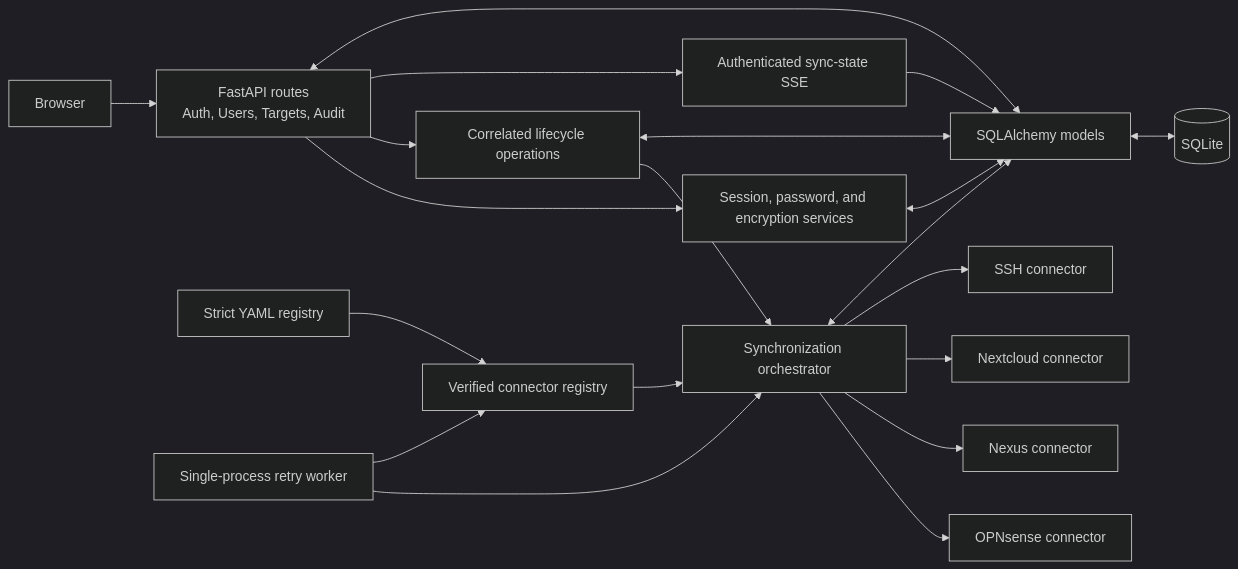
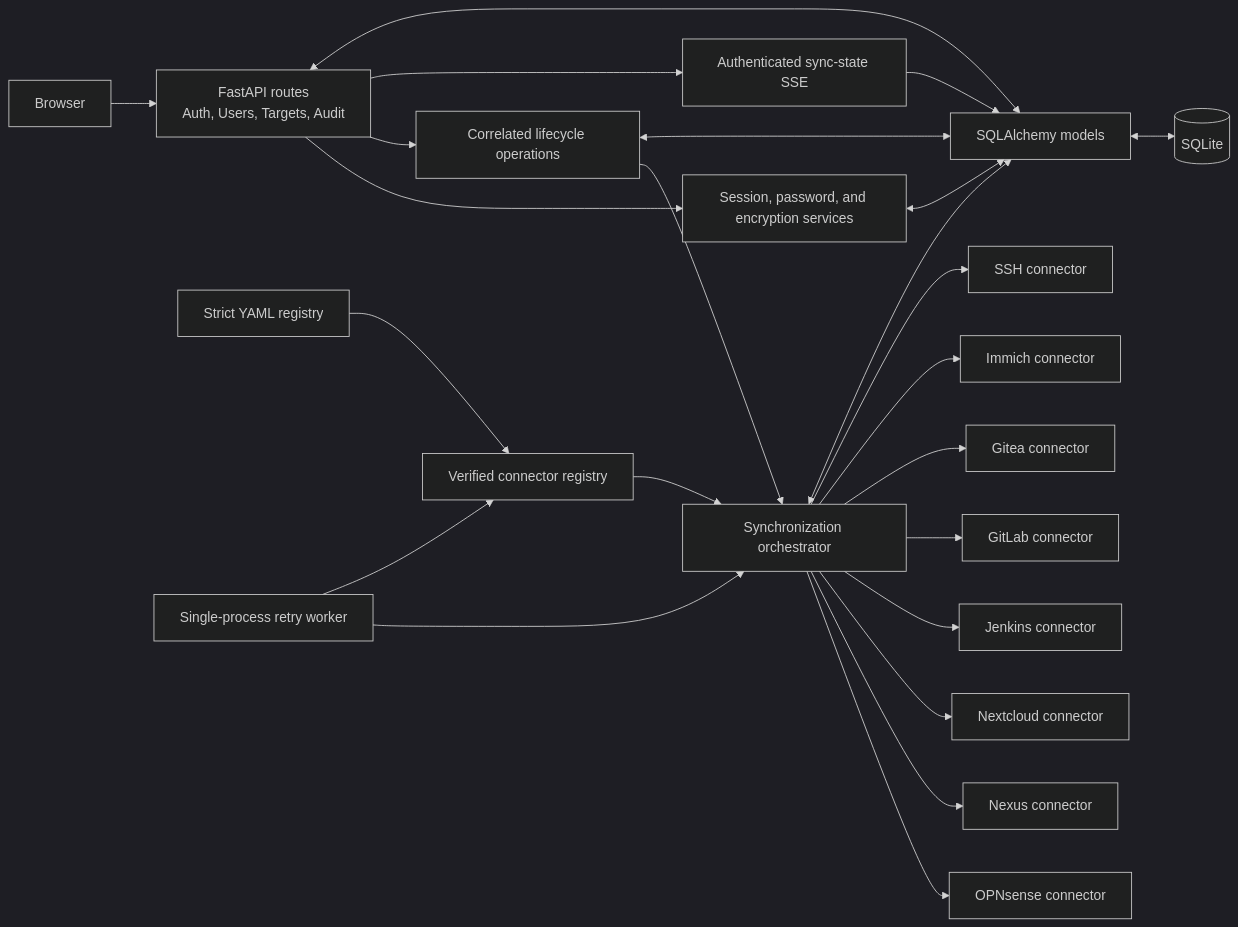
Before and after one commit to jpbaking/na-sso: the first of 4 diagrams in docs/DEVELOPER.md, drawn with Mermaid (dark theme). The commit also changed 9 other files, not shown here.

````diff
--- a/docs/DEVELOPER.md
+++ b/docs/DEVELOPER.md
@@ -64,25 +64,29 @@
 ```mermaid
 flowchart LR
     Browser["Browser"] --> Routes["FastAPI routes<br/>Auth, Users, Targets, Audit"]
     Routes --> Security["Session, password, and encryption services"]
     Routes --> Ops["Correlated lifecycle operations"]
     Ops --> Sync["Synchronization orchestrator"]
     Routes --> SSE["Authenticated sync-state SSE"]
 
     YAML["Strict YAML registry"] --> Registry["Verified connector registry"]
     Registry --> Sync
     Worker["Single-process retry worker"] --> Sync
     Worker --> Registry
 
     Sync --> OPN["OPNsense connector"]
     Sync --> NEX["Nexus connector"]
     Sync --> NC["Nextcloud connector"]
+    Sync --> JENKINS["Jenkins connector"]
+    Sync --> GITLAB["GitLab connector"]
+    Sync --> GITEA["Gitea connector"]
+    Sync --> IMMICH["Immich connector"]
     Sync --> SSHC["SSH connector"]
 
     Security <--> ORM["SQLAlchemy models"]
     Routes <--> ORM
     Ops <--> ORM
     Sync <--> ORM
     SSE --> ORM
     ORM <--> DB[("SQLite")]
 ```
````
